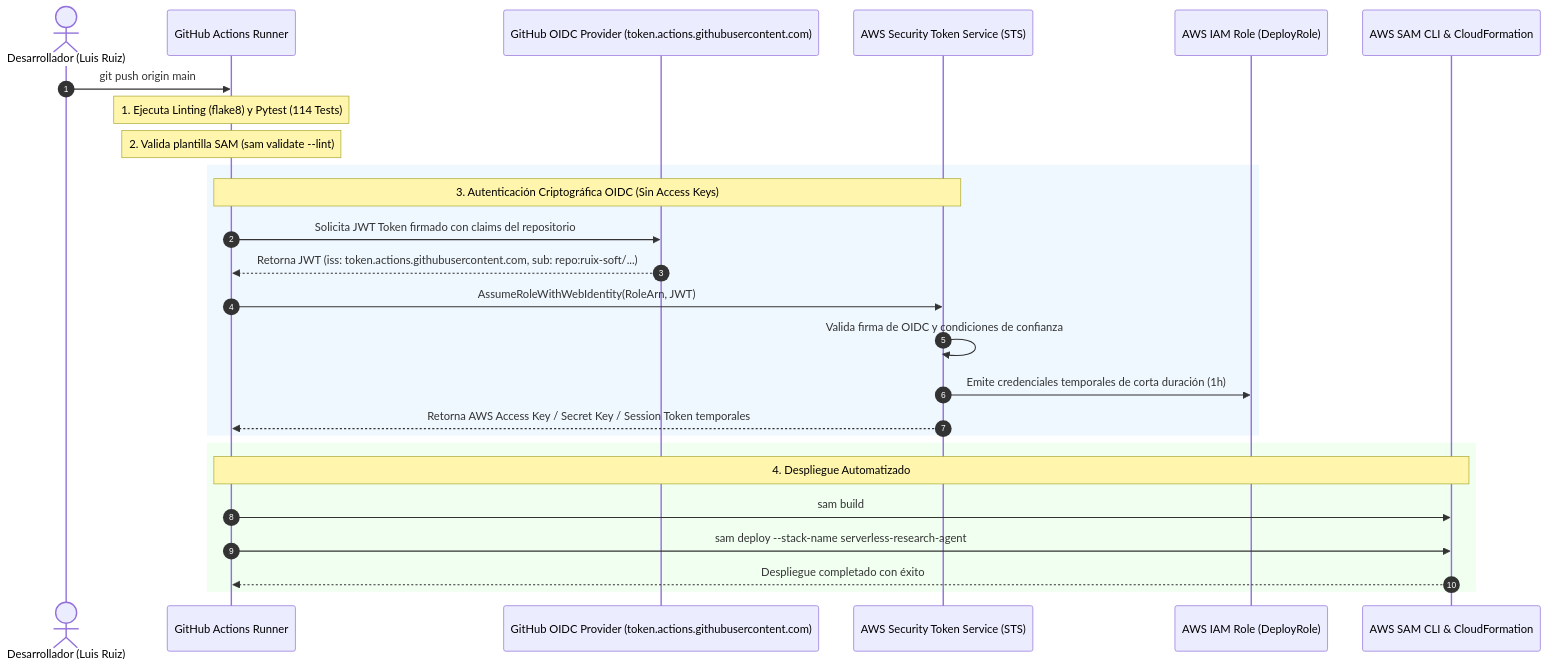
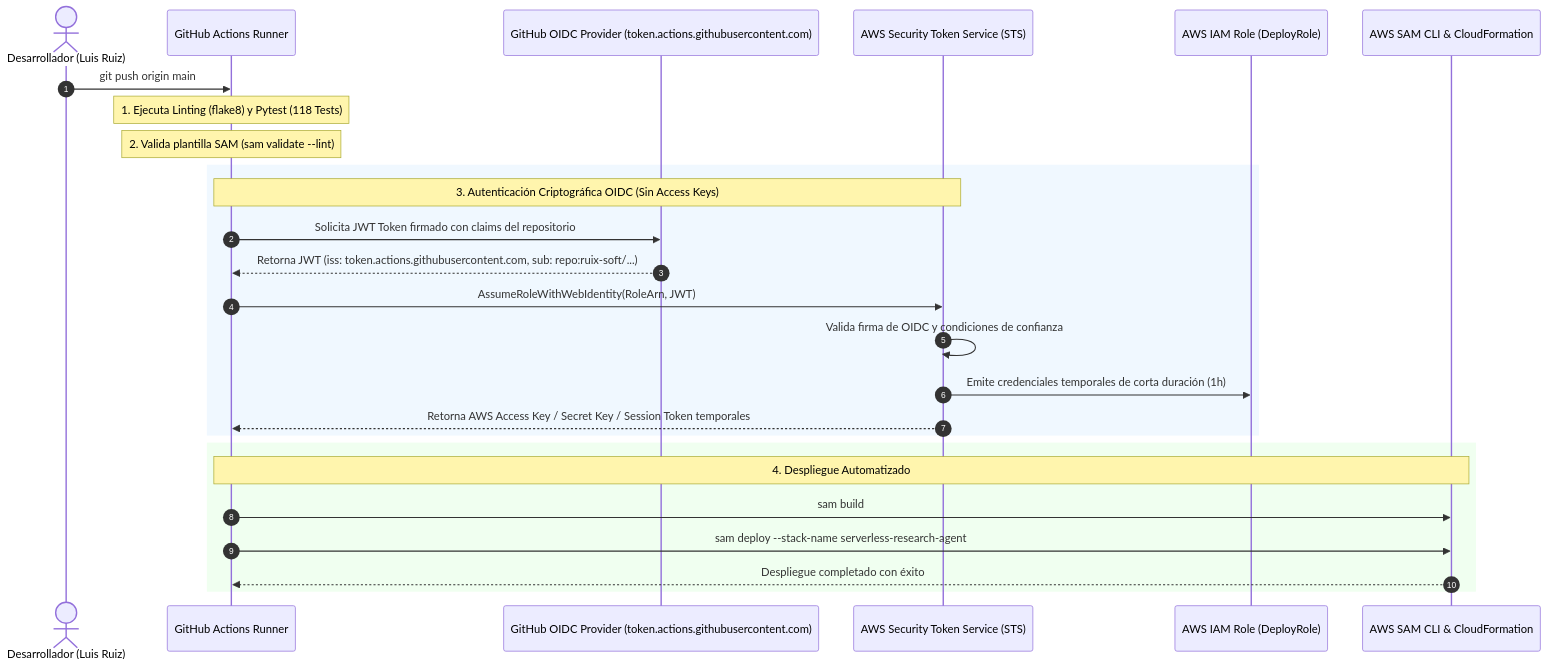
The sixth of 7 diagrams in docs/architecture.md (ruix-soft/serverless-research-agent-aws), drawn with Mermaid before and after one commit. The commit also changed other lines of this file and 2 other files, not shown here.

First line of the commit message:
docs: add ADR 0007 and update architecture and README with distributed tracing flow

````diff
--- a/docs/architecture.md
+++ b/docs/architecture.md
@@ -289,31 +292,31 @@
 ```mermaid
 sequenceDiagram
     autonumber
     actor Dev as Desarrollador (Luis Ruiz)
     participant GitHub as GitHub Actions Runner
     participant OIDC as GitHub OIDC Provider (token.actions.githubusercontent.com)
     participant STS as AWS Security Token Service (STS)
     participant IAM as AWS IAM Role (DeployRole)
     participant SAM as AWS SAM CLI & CloudFormation
 
     Dev->>GitHub: git push origin main
-    Note over GitHub: 1. Ejecuta Linting (flake8) y Pytest (114 Tests)
+    Note over GitHub: 1. Ejecuta Linting (flake8) y Pytest (118 Tests)
     Note over GitHub: 2. Valida plantilla SAM (sam validate --lint)
     
     rect rgb(240, 248, 255)
         Note over GitHub, STS: 3. Autenticación Criptográfica OIDC (Sin Access Keys)
         GitHub->>OIDC: Solicita JWT Token firmado con claims del repositorio
         OIDC-->>GitHub: Retorna JWT (iss: token.actions.githubusercontent.com, sub: repo:ruix-soft/...)
         GitHub->>STS: AssumeRoleWithWebIdentity(RoleArn, JWT)
         STS->>STS: Valida firma de OIDC y condiciones de confianza
         STS->>IAM: Emite credenciales temporales de corta duración (1h)
         STS-->>GitHub: Retorna AWS Access Key / Secret Key / Session Token temporales
     end
 
     rect rgb(240, 255, 240)
         Note over GitHub, SAM: 4. Despliegue Automatizado
         GitHub->>SAM: sam build
         GitHub->>SAM: sam deploy --stack-name serverless-research-agent
         SAM-->>GitHub: Despliegue completado con éxito
     end
 ```
````
